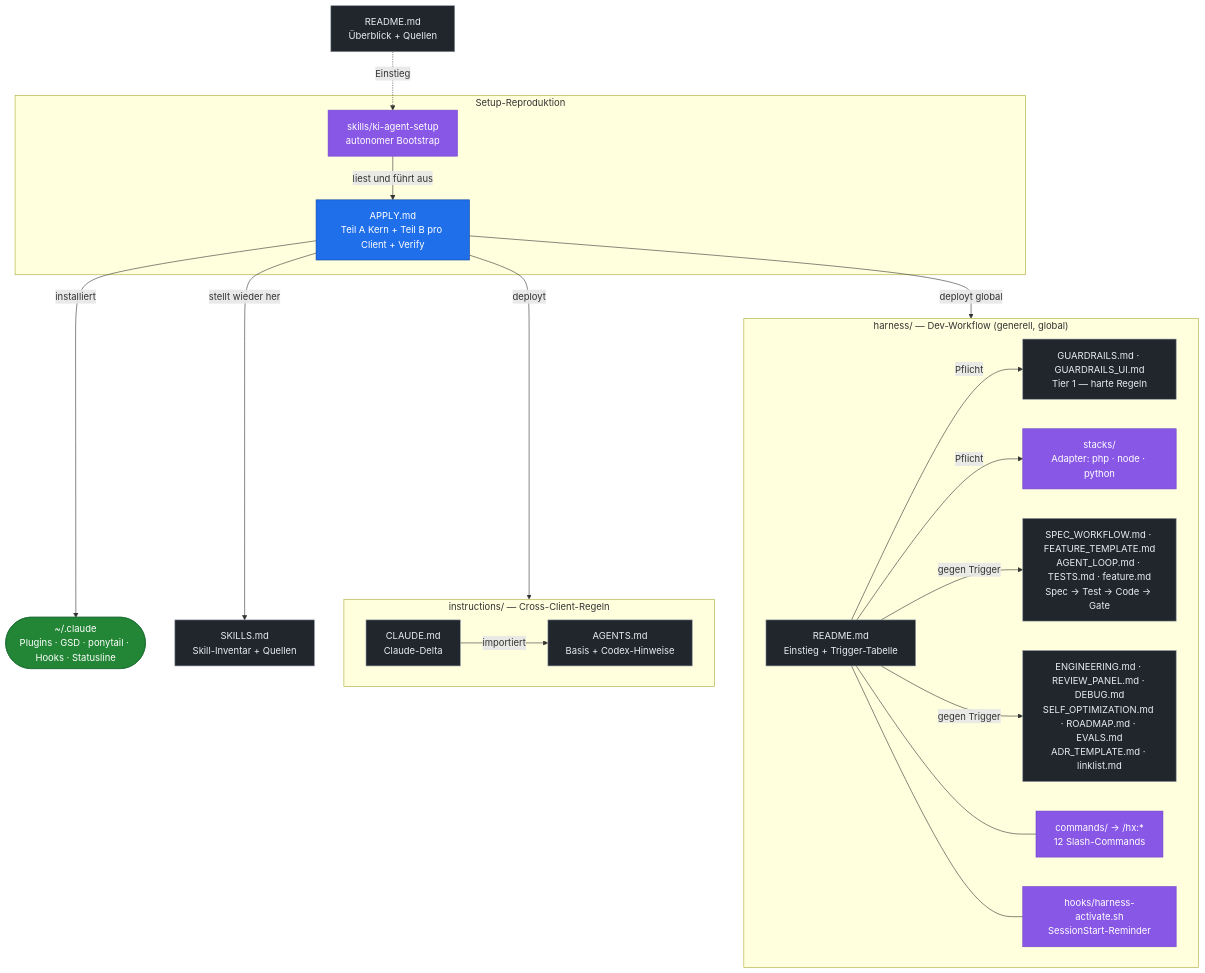
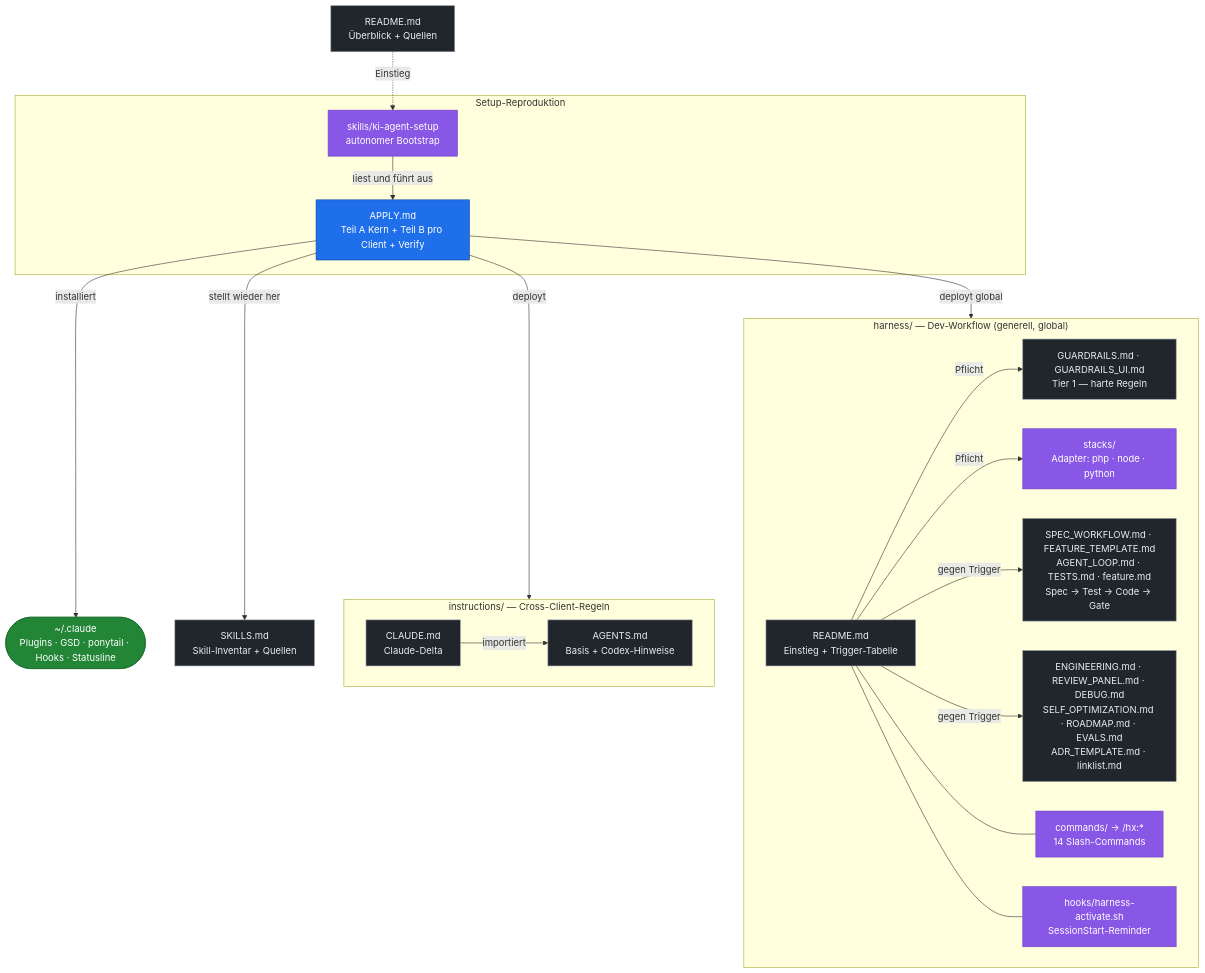
One commit to derivo/ki-agent-setup changed the diagram in README.md. Above: the diagram before and after it, drawn with Mermaid. The commit also changed other lines of this file and 3 other files, not shown here.

````diff
--- a/README.md
+++ b/README.md
@@ -157,43 +157,43 @@
 ```mermaid
 flowchart TD
     README["README.md<br/>Überblick + Quellen"]:::doc
 
     subgraph SETUP[" Setup-Reproduktion "]
         SKILL["skills/ki-agent-setup<br/>autonomer Bootstrap"]:::skill
         APPLY["APPLY.md<br/>Teil A Kern + Teil B pro Client + Verify"]:::core
         SKILL -->|liest und führt aus| APPLY
     end
 
     subgraph INSTR[" instructions/ — Cross-Client-Regeln "]
         AGENTS["AGENTS.md<br/>Basis + Codex-Hinweise"]:::doc
         CLAUDE["CLAUDE.md<br/>Claude-Delta"]:::doc
         CLAUDE -->|importiert| AGENTS
     end
 
     SKILLS["SKILLS.md<br/>Skill-Inventar + Quellen"]:::doc
     TOOLS(["~/.claude<br/>Plugins · GSD · ponytail · Hooks · Statusline"]):::target
 
     subgraph HARN[" harness/ — Dev-Workflow (generell, global) "]
         HREADME["README.md<br/>Einstieg + Trigger-Tabelle"]:::doc
         GUARD["GUARDRAILS.md · GUARDRAILS_UI.md<br/>Tier 1 — harte Regeln"]:::doc
         PHPAD["stacks/<br/>Adapter: php · node · python"]:::skill
         FLOW["SPEC_WORKFLOW.md · FEATURE_TEMPLATE.md<br/>AGENT_LOOP.md · TESTS.md · feature.md<br/>Spec → Test → Code → Gate"]:::doc
         REF["ENGINEERING.md · REVIEW_PANEL.md · DEBUG.md<br/>SELF_OPTIMIZATION.md · ROADMAP.md · EVALS.md<br/>ADR_TEMPLATE.md · linklist.md"]:::doc
-        CMDS["commands/ → /hx:*<br/>12 Slash-Commands"]:::skill
+        CMDS["commands/ → /hx:*<br/>14 Slash-Commands"]:::skill
         HHOOK["hooks/harness-activate.sh<br/>SessionStart-Reminder"]:::skill
         HREADME -->|Pflicht| GUARD & PHPAD
         HREADME -->|gegen Trigger| FLOW & REF
         HREADME --- CMDS & HHOOK
     end
 
     README -. Einstieg .-> SKILL
     APPLY -->|deployt| INSTR
     APPLY -->|installiert| TOOLS
     APPLY -->|stellt wieder her| SKILLS
     APPLY -->|deployt global| HARN
 
     classDef core fill:#1f6feb,stroke:#0d419d,color:#fff;
     classDef skill fill:#8957e5,stroke:#6e40c9,color:#fff;
     classDef doc fill:#21262d,stroke:#8b949e,color:#e6edf3;
     classDef target fill:#238636,stroke:#196c2e,color:#fff;
 ```
````
